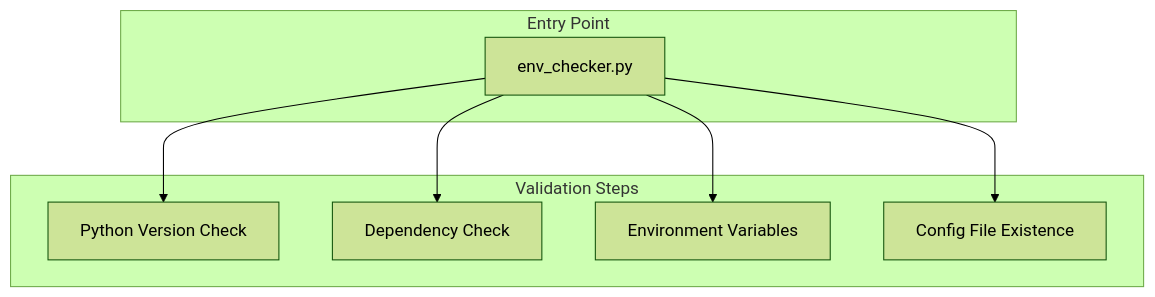
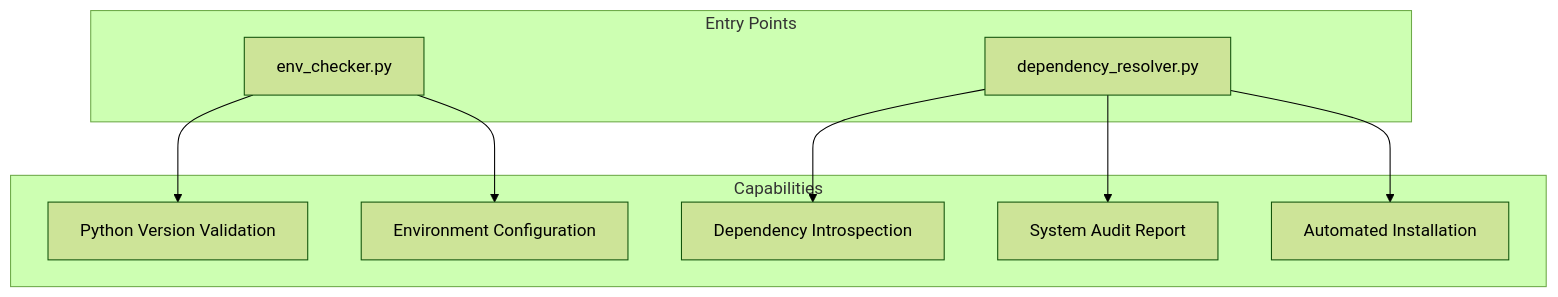
One commit to docxology/codomyrmex changed the diagram in src/codomyrmex/environment_setup/SPEC.md. Above: the diagram before and after it, drawn with Mermaid (forest theme). The commit also changed other lines of this file and 402 other files, not shown here.

````diff
--- a/src/codomyrmex/environment_setup/SPEC.md
+++ b/src/codomyrmex/environment_setup/SPEC.md
@@ -36,18 +36,21 @@
 ```mermaid
 graph TD
-    subgraph "Entry Point"
+    subgraph "Entry Points"
         EnvChecker[env_checker.py]
+        DepResolver[dependency_resolver.py]
     end
 
-    subgraph "Validation Steps"
-        PythonCheck[Python Version Check]
-        DepCheck[Dependency Check]
-        EnvVarCheck[Environment Variables]
-        ConfigCheck[Config File Existence]
+    subgraph "Capabilities"
+        PythonCheck[Python Version Validation]
+        DepCheck[Dependency Introspection]
+        EnvVarCheck[Environment Configuration]
+        Audit[System Audit Report]
+        Install[Automated Installation]
     end
 
     EnvChecker --> PythonCheck
-    EnvChecker --> DepCheck
     EnvChecker --> EnvVarCheck
-    EnvChecker --> ConfigCheck
+    DepResolver --> DepCheck
+    DepResolver --> Audit
+    DepResolver --> Install
 ```
````
